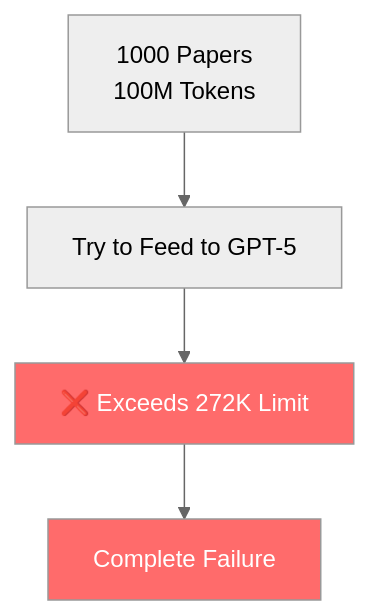
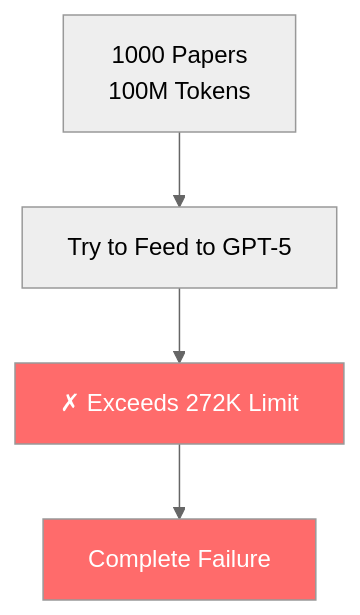
Before and after one commit to rsrini7/Learnings: diagram 15 of 17 in Papers/RecursiveLanguageModels.md, drawn with Mermaid (neutral theme). The commit also changed other lines of this file and 1 other file, not shown here.

````diff
--- a/Papers/RecursiveLanguageModels.md
+++ b/Papers/RecursiveLanguageModels.md
@@ -1011,9 +973,9 @@
 ```mermaid
 graph TD
     A[1000 Papers<br/>100M Tokens] --> B[Try to Feed to GPT-5]
-    B --> C[❌ Exceeds 272K Limit]
+    B --> C[✗ Exceeds 272K Limit]
     C --> D[Complete Failure]
     
     style C fill:#FF6B6B,color:#fff
     style D fill:#FF6B6B,color:#fff
 ```
````
